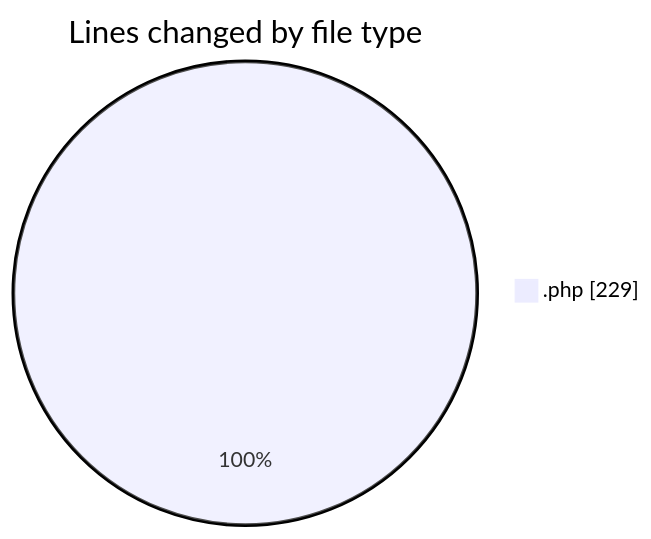
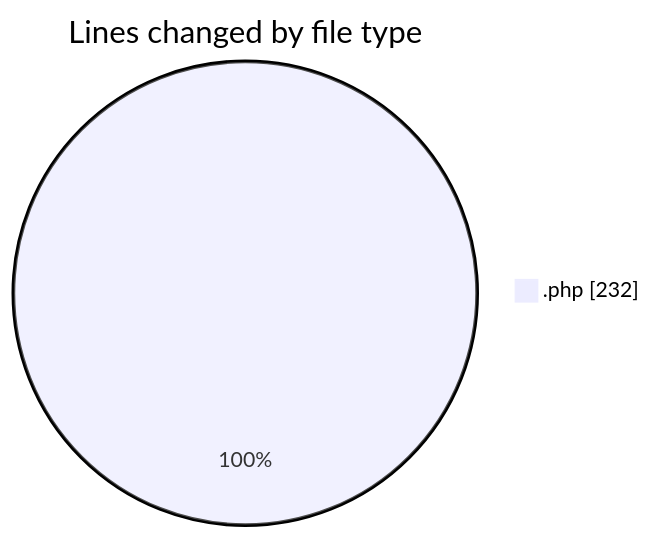
The first of 2 diagrams in 2025-10-01/totem2/README.md (LanceThiago/code-tracking), drawn with Mermaid before and after one commit. The commit also changed other lines of this file and 1 other file, not shown here.

````diff
--- a/2025-10-01/totem2/README.md
+++ b/2025-10-01/totem2/README.md
@@ -21,5 +21,5 @@
 ```mermaid
 pie showData
 title Lines changed by file type
-".php" : 229
+".php" : 232
 ```
````
